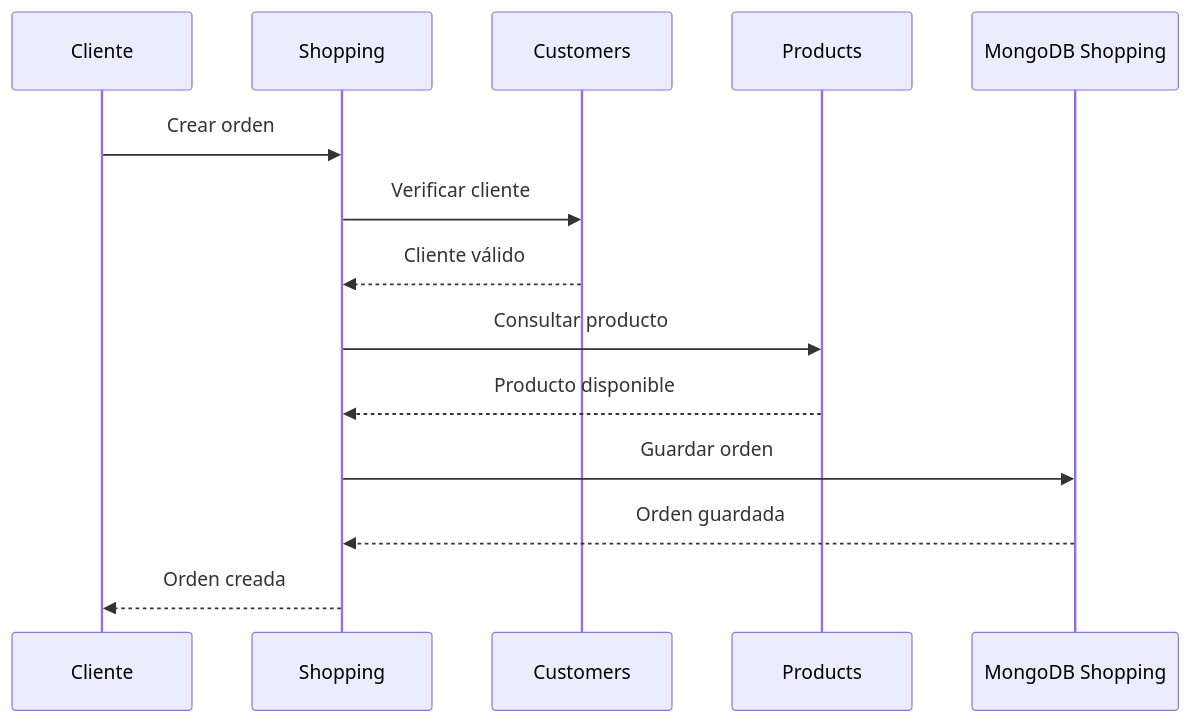
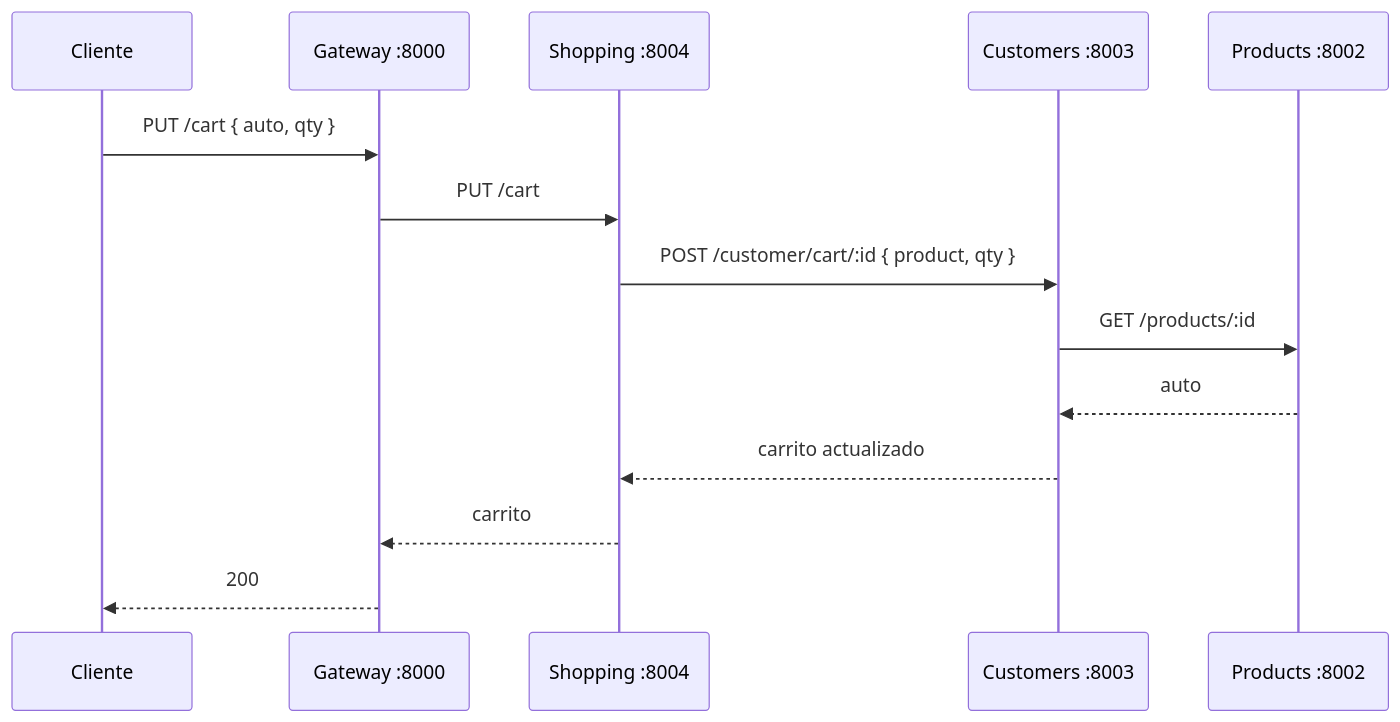
One commit to osorio22/microservices-projec-end changed the second of 3 diagrams in README.md. Above: the diagram before and after it, drawn with Mermaid. The commit also changed other lines of this file and 26 other files, not shown here.

````diff
--- a/README.md
+++ b/README.md
@@ -1021,21 +310,17 @@
 ```mermaid
 sequenceDiagram
     participant U as Cliente
-    participant S as Shopping
-    participant C as Customers
-    participant P as Products
-    participant DB as MongoDB Shopping
+    participant G as Gateway :8000
+    participant S as Shopping :8004
+    participant C as Customers :8003
+    participant P as Products :8002
 
-    U->>S: Crear orden
-
-    S->>C: Verificar cliente
-    C-->>S: Cliente válido
-
-    S->>P: Consultar producto
-    P-->>S: Producto disponible
-
-    S->>DB: Guardar orden
-    DB-->>S: Orden guardada
-
-    S-->>U: Orden creada
+    U->>G: PUT /cart { auto, qty }
+    G->>S: PUT /cart
+    S->>C: POST /customer/cart/:id { product, qty }
+    C->>P: GET /products/:id
+    P-->>C: auto
+    C-->>S: carrito actualizado
+    S-->>G: carrito
+    G-->>U: 200
 ```
````
